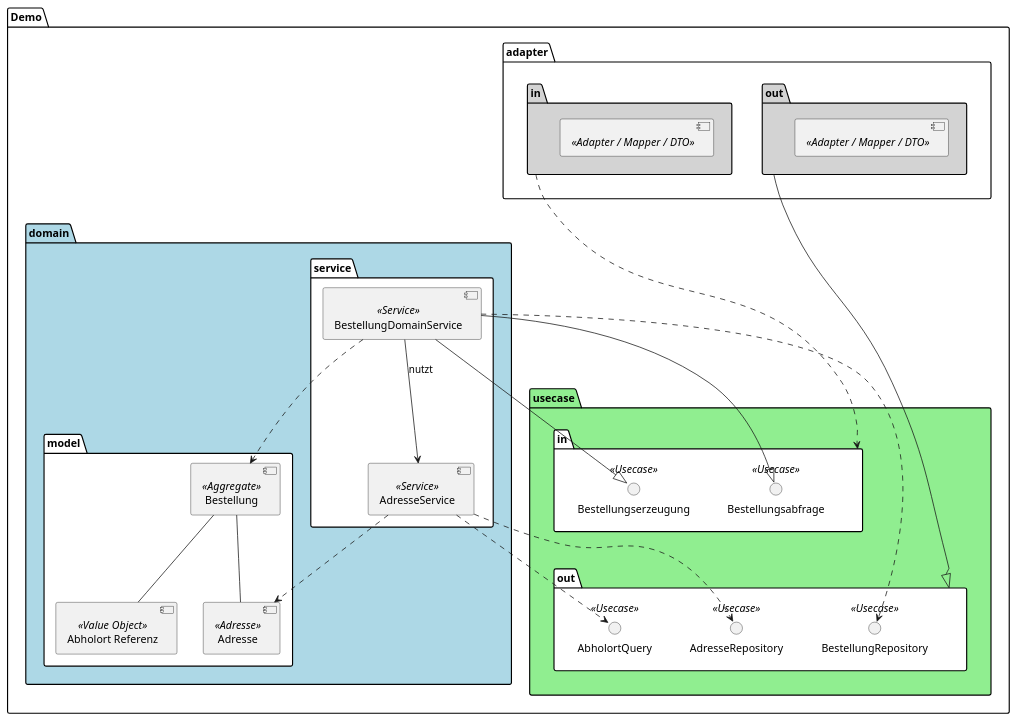
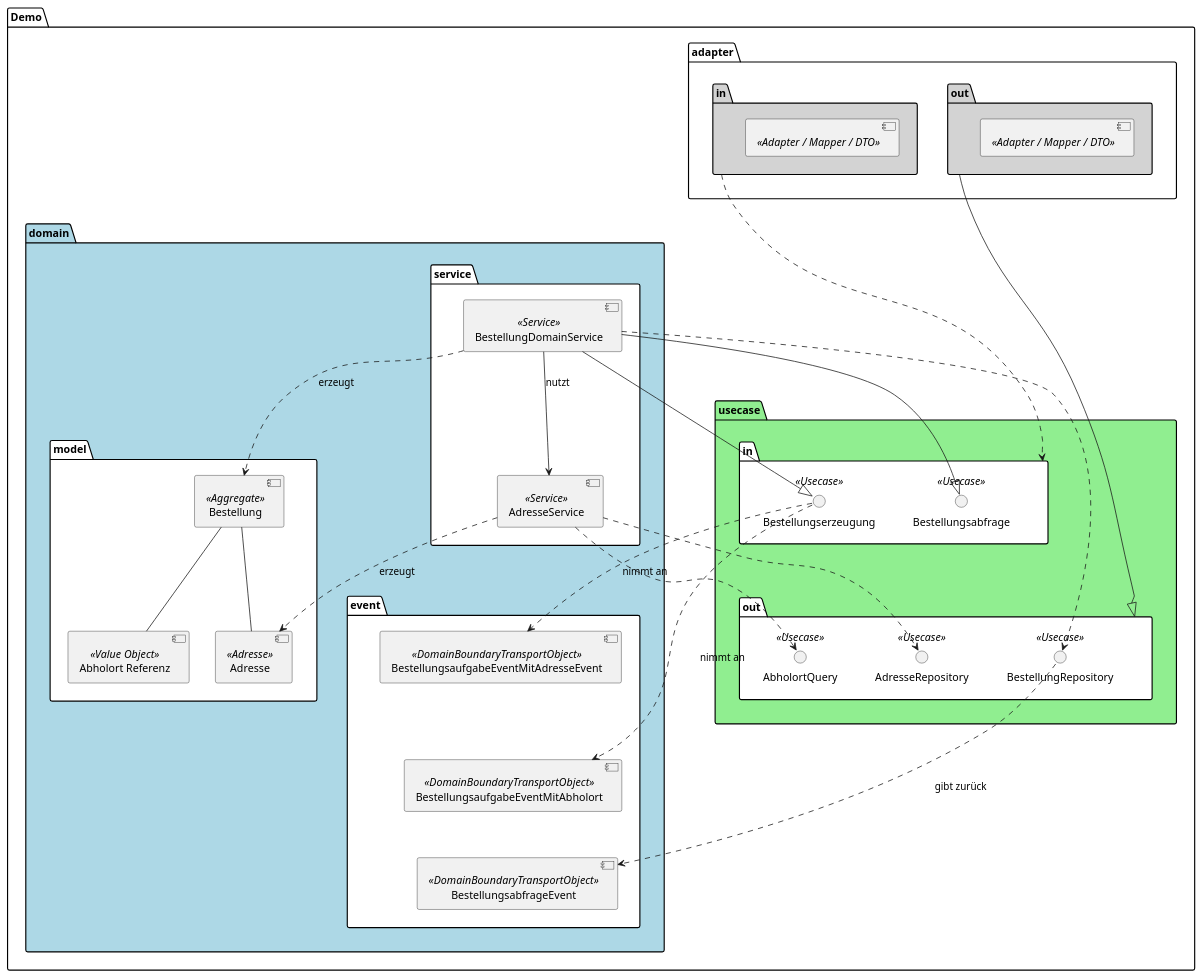
Before and after one commit to lwluc/ddd-with-domain-events: the diagram in assets/clean_architecture_domain_events.puml, drawn with PlantUML. The commit also changed 2 other files, not shown here.

Commit message:
added domain events to build block view

```diff
--- a/assets/clean_architecture_domain_events.puml
+++ b/assets/clean_architecture_domain_events.puml
@@ -1,63 +1,82 @@
 @startuml
 
 package "Demo" {
 
     package "domain" #LightBlue {
-        package "model" #white {
+        package "model" as domain.model #white {
             component "Bestellung" as domain.model.bestellung <<Aggregate>>
             component "Adresse" as domain.model.adresse <<Adresse>>
             component "Abholort Referenz" as domain.model.abholortref <<Value Object>>
 
             domain.model.bestellung -- domain.model.adresse
             domain.model.bestellung -- domain.model.abholortref
-
         }
 
-        package "service" #white {
+        package "service" as domain.service #white {
             component "BestellungDomainService" as domain.service.bestellung <<Service>>
             component "AdresseService" as domain.service.adresse <<Service>>
 
             domain.service.bestellung --> domain.service.adresse : nutzt
         }
 
-        domain.service.bestellung ..> domain.model.bestellung
-        domain.service.adresse ..> domain.model.adresse
+        package "event" as domain.event #white {
+            component "BestellungsaufgabeEventMitAdresseEvent" as domain.event.erzeugung.adresse <<DomainBoundaryTransportObject>>
+            component "BestellungsaufgabeEventMitAbholort" as domain.event.erzeugung.abholort <<DomainBoundaryTransportObject>>
+
+            component "BestellungsabfrageEvent" as domain.event.abfrage <<DomainBoundaryTransportObject>>
+
+            domain.event.erzeugung.adresse -[hidden]- domain.event.erzeugung.abholort
+            domain.event.erzeugung.abholort -[hidden]- domain.event.abfrage
+        }
+
+        domain.service.bestellung ..> domain.model.bestellung : erzeugt
+        domain.service.adresse ..> domain.model.adresse : erzeugt
+
+        domain.service -[hidden]- domain.event
+        domain.model -[hidden]- domain.event
     }
 
     package "usecase" #LightGreen {
+
         package "in" as usecase.in #white {
           interface "Bestellungsabfrage" as usecase.in.abfrage <<Usecase>>
           interface "Bestellungserzeugung" as usecase.in.erzeugung <<Usecase>>
+
+          usecase.in.erzeugung ..> domain.event.erzeugung.adresse : nimmt an
+          usecase.in.erzeugung ..> domain.event.erzeugung.abholort : nimmt an
         }
+
 
         package "out" as usecase.out #white {
           interface "AbholortQuery" as usecase.out.abholort <<Usecase>>
           interface "AdresseRepository" as usecase.out.adresseRepo <<Usecase>>
           interface "BestellungRepository" as usecase.out.bestellungRepo <<Usecase>>
+
+          usecase.out.bestellungRepo ..> domain.event.abfrage : gibt zurück
         }
 
         usecase.in -[hidden]- usecase.out
     }
 
     domain.service.bestellung --|> usecase.in.abfrage
     domain.service.bestellung --|> usecase.in.erzeugung
     domain.service.bestellung ..> usecase.out.bestellungRepo
 
     domain.service.adresse ..> usecase.out.abholort
     domain.service.adresse ..> usecase.out.adresseRepo
 
     package "adapter" {
         package "in" as adapter.in #lightgray {
             component " " as adapter.in.component <<Adapter / Mapper / DTO>>
         }
 
         package "out" as adapter.out #lightgray {
             component " " as adapter.out.component <<Adapter / Mapper / DTO>>
         }
     }
 
     adapter.in ...> usecase.in
     adapter.out ---|> usecase.out
 }
 
 @enduml
```
